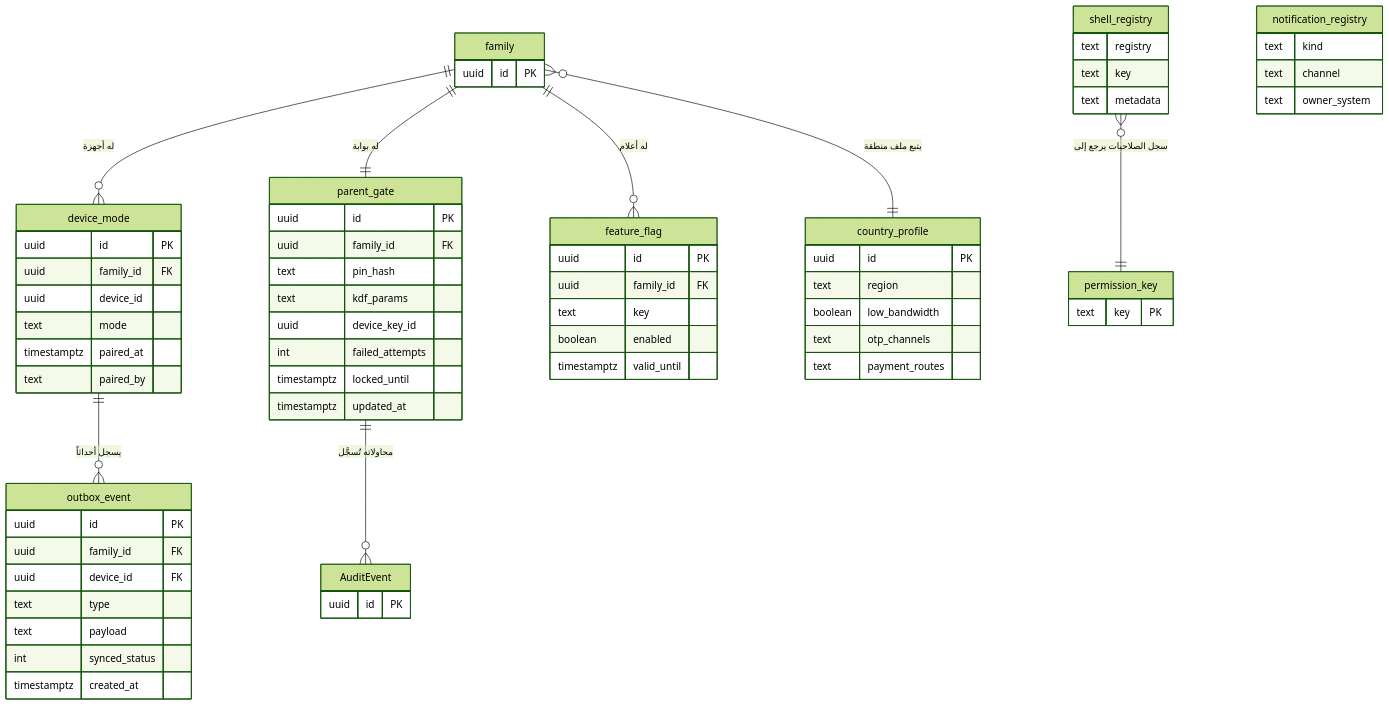
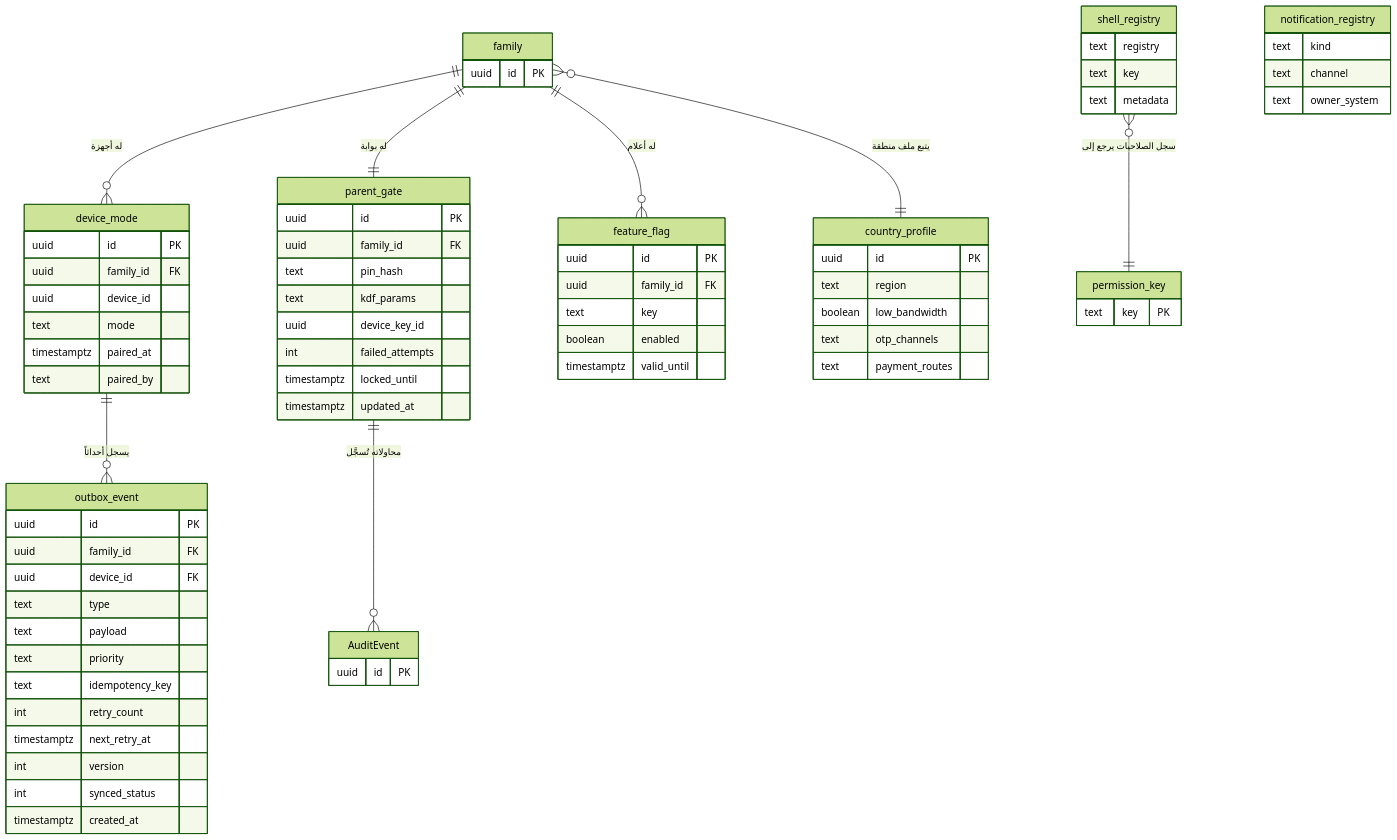
Before and after one commit to Bassam-mohammed-alqaeadi/family-os-v2: the second of 13 diagrams in docs/family-os/governance/phases/phase-1/S1-01-app-shell-and-platform/DIAGRAMS.md, drawn with Mermaid (forest theme). The commit also changed other lines of this file and 3 other files, not shown here.

````diff
--- a/docs/family-os/governance/phases/phase-1/S1-01-app-shell-and-platform/DIAGRAMS.md
+++ b/docs/family-os/governance/phases/phase-1/S1-01-app-shell-and-platform/DIAGRAMS.md
@@ -71,71 +71,76 @@
 ```mermaid
 erDiagram
     family ||--o{ device_mode : "له أجهزة"
     family ||--|| parent_gate : "له بوابة"
     family ||--o{ feature_flag : "له أعلام"
     family }o--|| country_profile : "يتبع ملف منطقة"
     device_mode ||--o{ outbox_event : "يسجل أحداثاً"
     parent_gate ||--o{ AuditEvent : "محاولاته تُسجَّل"
     shell_registry }o--|| permission_key : "سجل الصلاحيات يرجع إلى"
 
     device_mode {
         uuid id PK
         uuid family_id FK
         uuid device_id
         text mode
         timestamptz paired_at
         text paired_by
     }
     parent_gate {
         uuid id PK
         uuid family_id FK
         text pin_hash
         text kdf_params
         uuid device_key_id
         int failed_attempts
         timestamptz locked_until
         timestamptz updated_at
     }
     feature_flag {
         uuid id PK
         uuid family_id FK
         text key
         boolean enabled
         timestamptz valid_until
     }
     outbox_event {
         uuid id PK
         uuid family_id FK
         uuid device_id FK
         text type
         text payload
+        text priority
+        text idempotency_key
+        int retry_count
+        timestamptz next_retry_at
+        int version
         int synced_status
         timestamptz created_at
     }
     country_profile {
         uuid id PK
         text region
         boolean low_bandwidth
         text otp_channels
         text payment_routes
     }
     shell_registry {
         text registry
         text key
         text metadata
     }
     notification_registry {
         text kind
         text channel
         text owner_system
     }
     family {
         uuid id PK
     }
     permission_key {
         text key PK
     }
     AuditEvent {
         uuid id PK
     }
 ```
````
